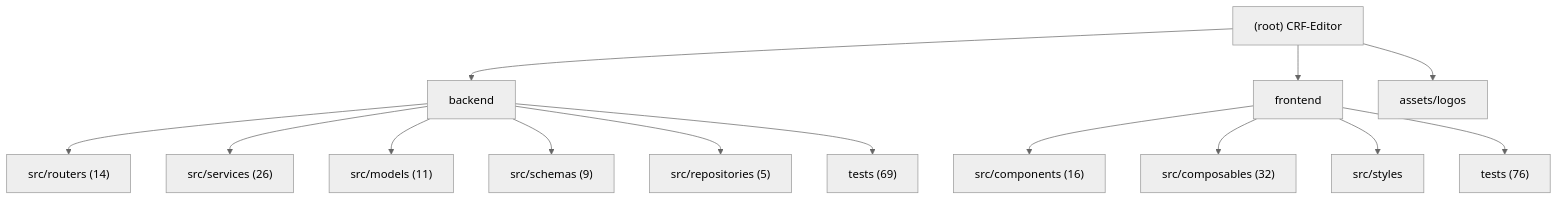
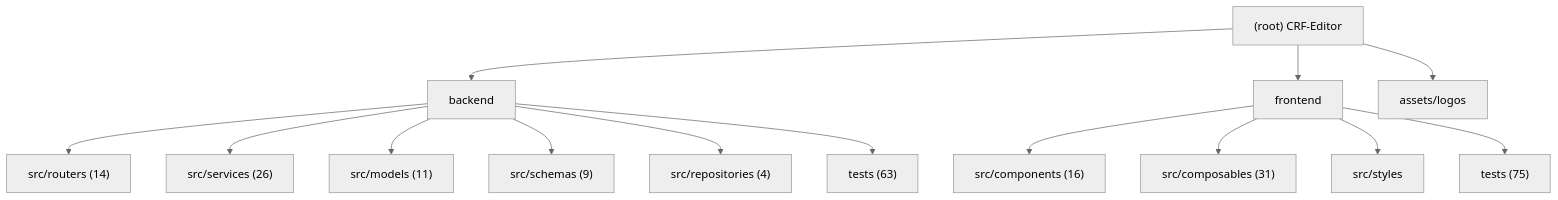
One commit to decade6666/CRF-Editor changed the diagram in .claude/CLAUDE.md. Above: the diagram before and after it, drawn with Mermaid (neutral theme). The commit also changed other lines of this file and 6 other files, not shown here.

````diff
--- a/.claude/CLAUDE.md
+++ b/.claude/CLAUDE.md
@@ -15,19 +15,19 @@
 ```mermaid
 graph TD
     A["(root) CRF-Editor"] --> B["backend"];
     B --> B1["src/routers (14)"];
     B --> B2["src/services (26)"];
     B --> B3["src/models (11)"];
     B --> B4["src/schemas (9)"];
-    B --> B5["src/repositories (5)"];
-    B --> B6["tests (69)"];
+    B --> B5["src/repositories (4)"];
+    B --> B6["tests (63)"];
     A --> C["frontend"];
     C --> C1["src/components (16)"];
-    C --> C2["src/composables (32)"];
+    C --> C2["src/composables (31)"];
     C --> C3["src/styles"];
-    C --> C4["tests (76)"];
+    C --> C4["tests (75)"];
     A --> D["assets/logos"];
 
     click B "./backend/.claude/CLAUDE.md" "View backend module docs"
     click C "./frontend/.claude/CLAUDE.md" "View frontend module docs"
 ```
````
